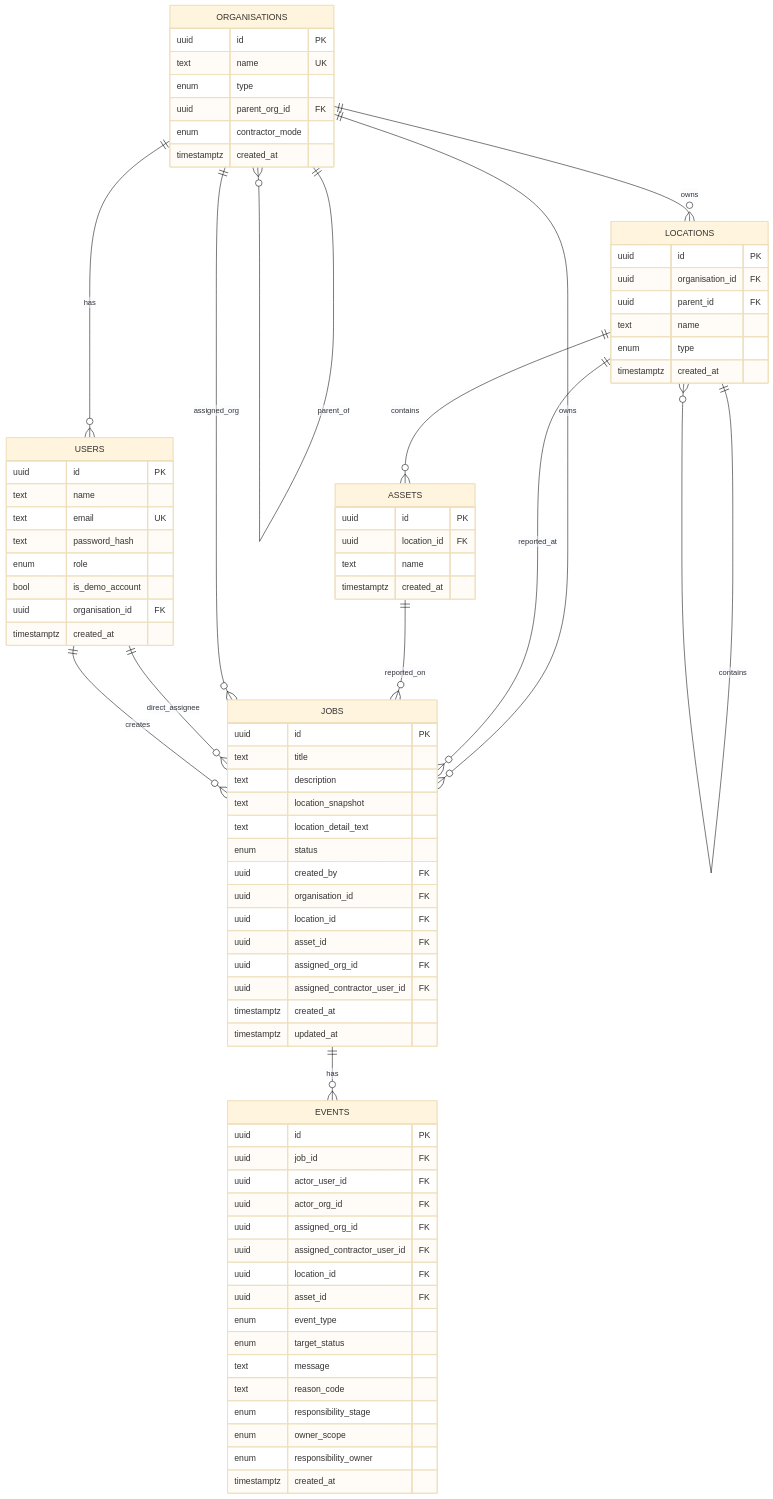
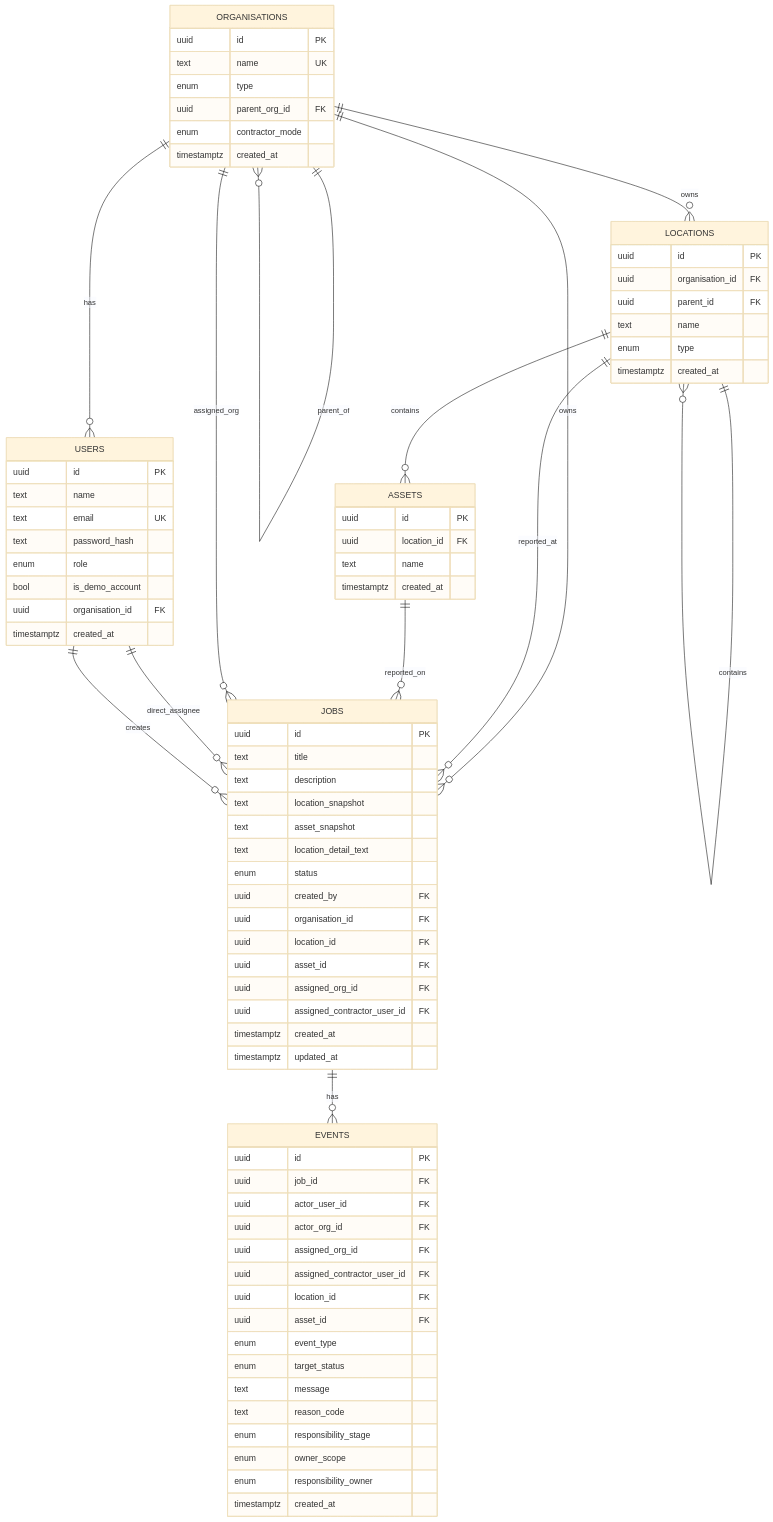
Before and after one commit to papa-halan/fixhub-v1_r: the diagram in README.md, drawn with Mermaid (base theme). The commit also changed other lines of this file and 40 other files, not shown here.

```diff
--- a/README.md
+++ b/README.md
@@ -73,6 +73,7 @@
         text title
         text description
         text location_snapshot
+        text asset_snapshot
         text location_detail_text
         enum status
         uuid created_by FK
```
